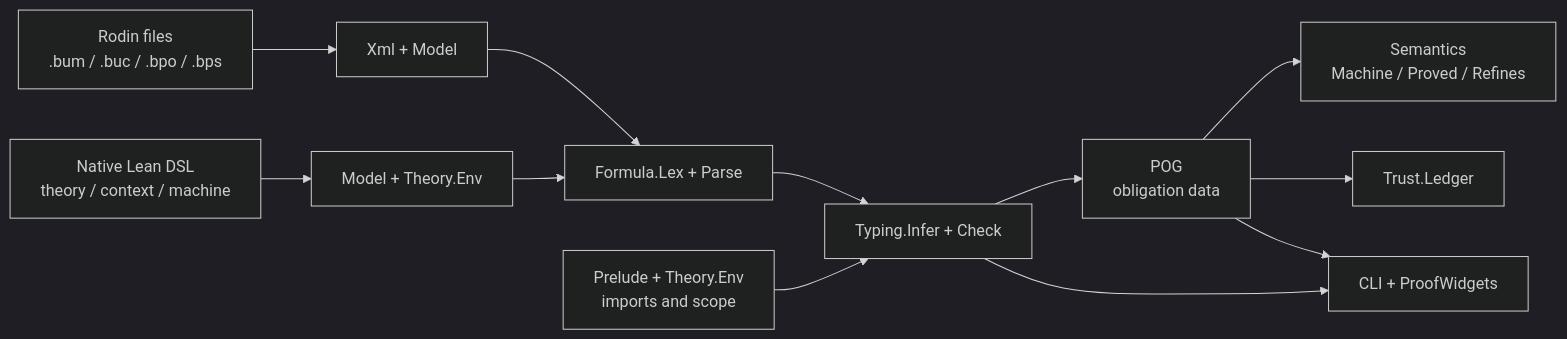
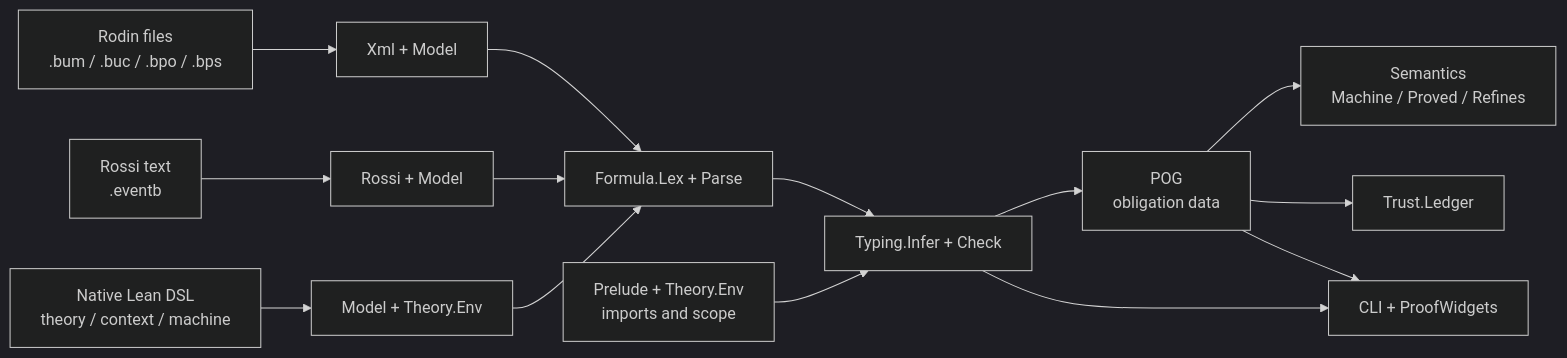
Before and after one commit to jonaprieto/eventb-lean: the first of 2 diagrams in notes/architecture.md, drawn with Mermaid (dark theme). The commit also changed other lines of this file and 1 other file, not shown here.

Commit message:
docs: define Rossi input boundary

````diff
--- a/notes/architecture.md
+++ b/notes/architecture.md
@@ -26,14 +28,16 @@
 ```mermaid
 flowchart LR
   R["Rodin files<br/>.bum / .buc / .bpo / .bps"] --> X["Xml + Model"]
+  Q["Rossi text<br/>.eventb"] --> Y["Rossi + Model"]
   N["Native Lean DSL<br/>theory / context / machine"] --> A["Model + Theory.Env"]
   X --> F["Formula.Lex + Parse"]
+  Y --> F
   A --> F
   P["Prelude + Theory.Env<br/>imports and scope"] --> T["Typing.Infer + Check"]
   F --> T
   T --> G["POG<br/>obligation data"]
   G --> S["Semantics<br/>Machine / Proved / Refines"]
   G --> L["Trust.Ledger"]
   T --> U["CLI + ProofWidgets"]
   G --> U
 ```
````
